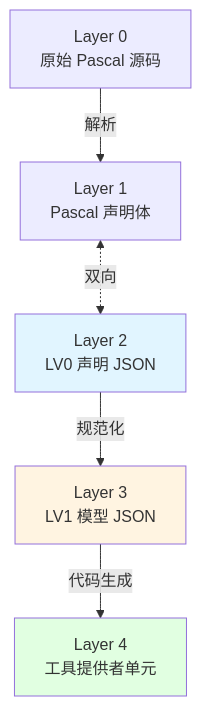
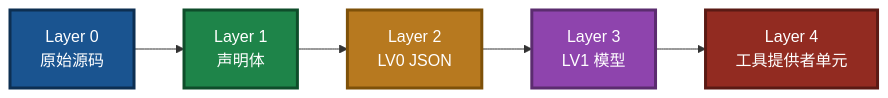
The sixth of 13 diagrams in readme.md (PassByYou888/LingoFuse-pasAgent), drawn with Mermaid before and after one commit. The commit also changed other lines of this file, not shown here.

````diff
--- a/readme.md
+++ b/readme.md
@@ -66,17 +135,13 @@
 ```mermaid
-flowchart TB
-    L0["Layer 0<br/>原始 Pascal 源码"]
-    L1["Layer 1<br/>Pascal 声明体"]
-    L2["Layer 2<br/>LV0 声明 JSON"]
-    L3["Layer 3<br/>LV1 模型 JSON"]
-    L4["Layer 4<br/>工具提供者单元"]
+flowchart LR
+    L0["Layer 0<br/>原始源码"] --> L1["Layer 1<br/>声明体"]
+    L1 --> L2["Layer 2<br/>LV0 JSON"]
+    L2 --> L3["Layer 3<br/>LV1 模型"]
+    L3 --> L4["Layer 4<br/>工具提供者单元"]
 
-    L0 -->|解析| L1
-    L1 <-.->|双向| L2
-    L2 -->|规范化| L3
-    L3 -->|代码生成| L4
-
-    style L2 fill:#e1f5ff
-    style L3 fill:#fff4e1
-    style L4 fill:#e1ffe1
+    style L0 fill:#1A5490,stroke:#0D2F52,stroke-width:3px,color:#FFFFFF
+    style L1 fill:#1E8449,stroke:#0E4D2A,stroke-width:3px,color:#FFFFFF
+    style L2 fill:#B7791F,stroke:#7E5109,stroke-width:3px,color:#FFFFFF
+    style L3 fill:#8E44AD,stroke:#5B2C6F,stroke-width:3px,color:#FFFFFF
+    style L4 fill:#922B21,stroke:#5A1A14,stroke-width:3px,color:#FFFFFF
 ```
````
